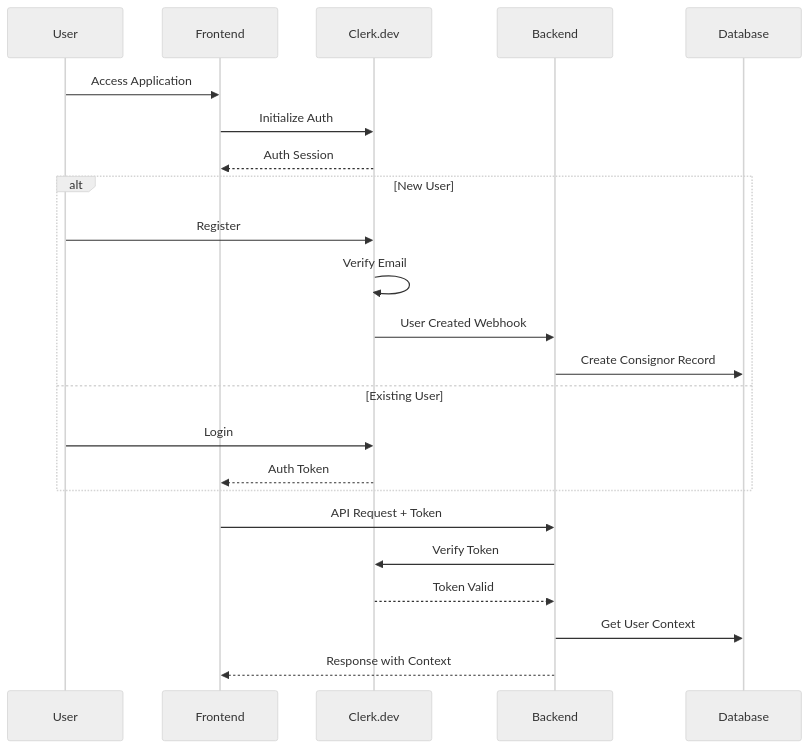
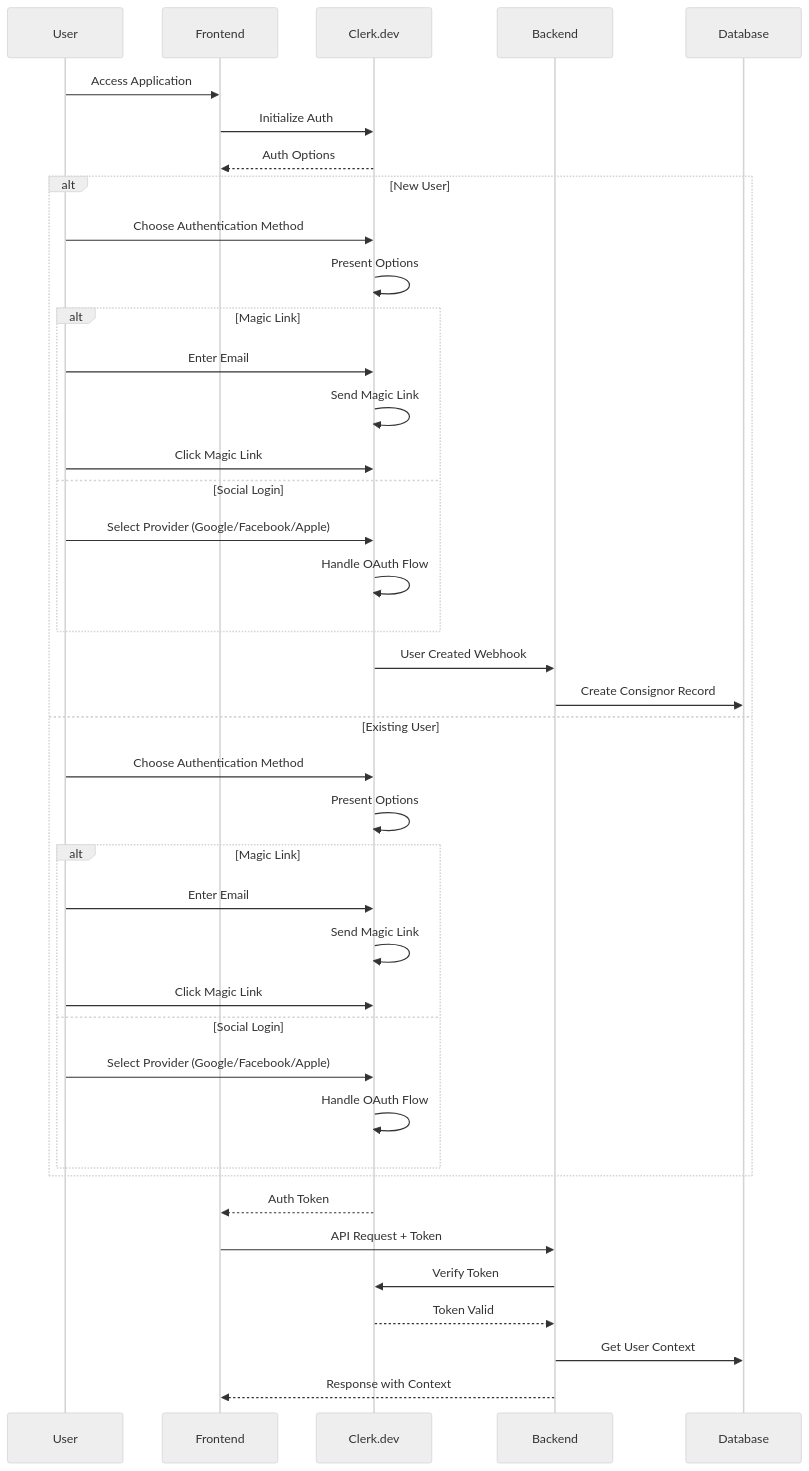
One commit to atEverychance/ProjectCR changed the diagram in docs/diagrams/auth-flow.mmd. Above: the diagram before and after it, drawn with Mermaid (neutral theme). The commit also changed 3 other files, not shown here.

Commit message:
feat: add Apple Sign In as authentication option with simplified flow

```diff
--- a/docs/diagrams/auth-flow.mmd
+++ b/docs/diagrams/auth-flow.mmd
@@ -1,26 +1,43 @@
 sequenceDiagram
     participant U as User
     participant FE as Frontend
     participant C as Clerk.dev
     participant API as Backend
     participant DB as Database
 
     U->>FE: Access Application
     FE->>C: Initialize Auth
-    C-->>FE: Auth Session
+    C-->>FE: Auth Options
 
     alt New User
-        U->>C: Register
-        C->>C: Verify Email
+        U->>C: Choose Authentication Method
+        C->>C: Present Options
+        alt Magic Link
+            U->>C: Enter Email
+            C->>C: Send Magic Link
+            U->>C: Click Magic Link
+        else Social Login
+            U->>C: Select Provider (Google/Facebook/Apple)
+            C->>C: Handle OAuth Flow
+        end
         C->>API: User Created Webhook
         API->>DB: Create Consignor Record
     else Existing User
-        U->>C: Login
-        C-->>FE: Auth Token
+        U->>C: Choose Authentication Method
+        C->>C: Present Options
+        alt Magic Link
+            U->>C: Enter Email
+            C->>C: Send Magic Link
+            U->>C: Click Magic Link
+        else Social Login
+            U->>C: Select Provider (Google/Facebook/Apple)
+            C->>C: Handle OAuth Flow
+        end
     end
 
+    C-->>FE: Auth Token
     FE->>API: API Request + Token
     API->>C: Verify Token
     C-->>API: Token Valid
     API->>DB: Get User Context
     API-->>FE: Response with Context
```
